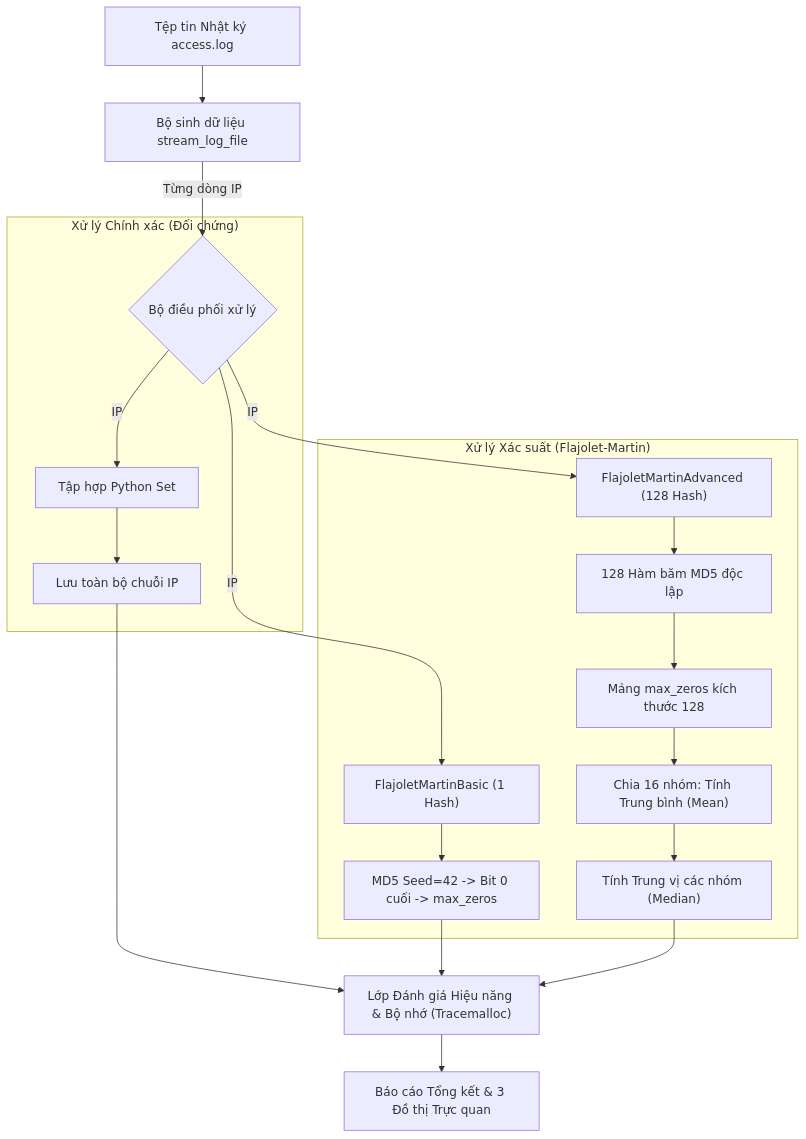
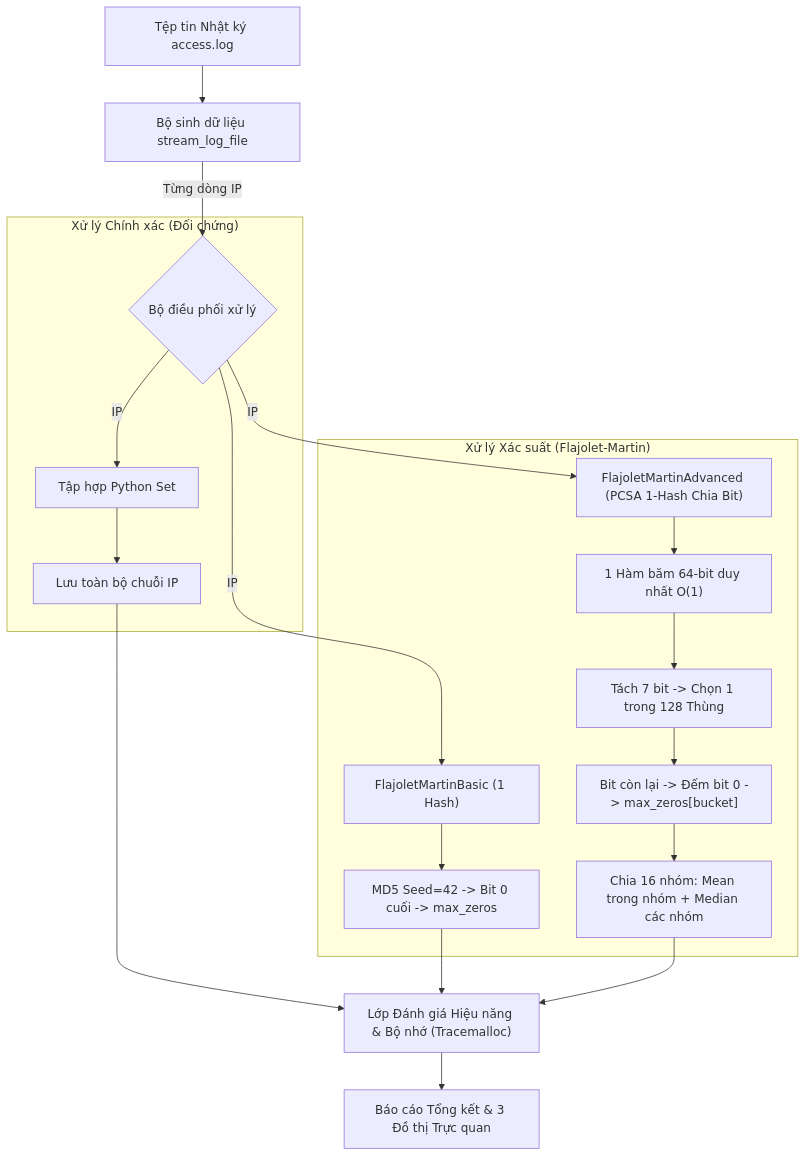
Before and after one commit to CodeingOver/ProjectXuLyDuLieuLon: the first of 3 diagrams in docs/architecture.md, drawn with Mermaid. The commit also changed other lines of this file and 6 other files, not shown here.

````diff
--- a/docs/architecture.md
+++ b/docs/architecture.md
@@ -93,26 +93,26 @@
 ```mermaid
 graph TD
     A["Tệp tin Nhật ký access.log"] --> B["Bộ sinh dữ liệu stream_log_file"]
     B -->|"Từng dòng IP"| C{"Bộ điều phối xử lý"}
     
     subgraph "Xử lý Chính xác (Đối chứng)"
         C -->|"IP"| D["Tập hợp Python Set"]
         D --> D1["Lưu toàn bộ chuỗi IP"]
     end
     
     subgraph "Xử lý Xác suất (Flajolet-Martin)"
         C -->|"IP"| E["FlajoletMartinBasic (1 Hash)"]
         E --> E1["MD5 Seed=42 -> Bit 0 cuối -> max_zeros"]
         
-        C -->|"IP"| F["FlajoletMartinAdvanced (128 Hash)"]
-        F --> F1["128 Hàm băm MD5 độc lập"]
-        F1 --> F2["Mảng max_zeros kích thước 128"]
-        F2 --> F3["Chia 16 nhóm: Tính Trung bình (Mean)"]
-        F3 --> F4["Tính Trung vị các nhóm (Median)"]
+        C -->|"IP"| F["FlajoletMartinAdvanced (PCSA 1-Hash Chia Bit)"]
+        F --> F1["1 Hàm băm 64-bit duy nhất O(1)"]
+        F1 --> F2["Tách 7 bit -> Chọn 1 trong 128 Thùng"]
+        F2 --> F3["Bit còn lại -> Đếm bit 0 -> max_zeros[bucket]"]
+        F3 --> F4["Chia 16 nhóm: Mean trong nhóm + Median các nhóm"]
     end
     
     D1 --> G["Lớp Đánh giá Hiệu năng & Bộ nhớ (Tracemalloc)"]
     E1 --> G
     F4 --> G
     G --> H["Báo cáo Tổng kết & 3 Đồ thị Trực quan"]
 ```
````
